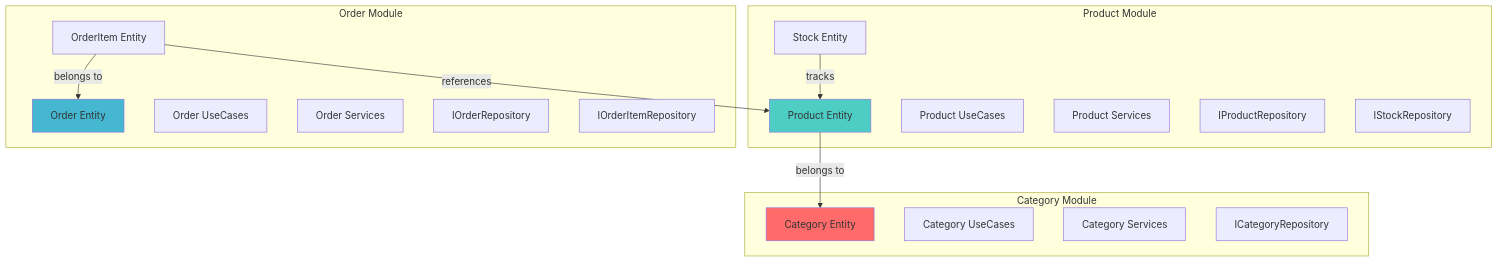
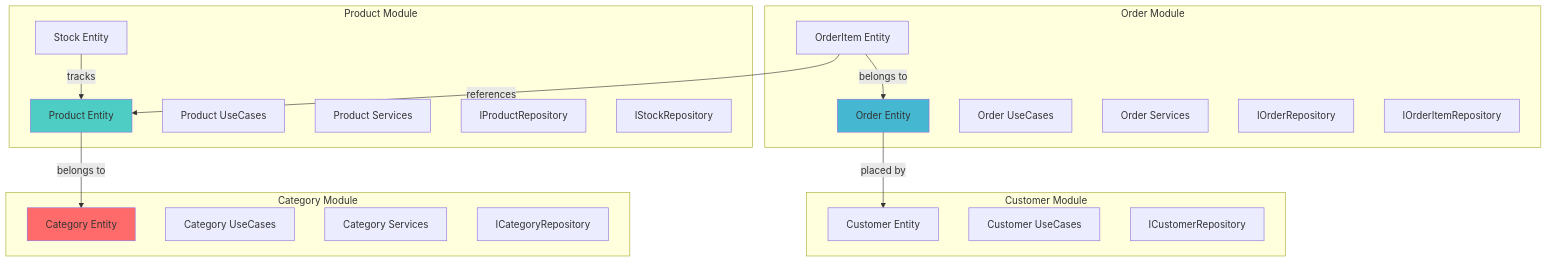
One commit to Vandrs/common-cornershop changed the third of 3 diagrams in docs/domain-model.md. Above: the diagram before and after it, drawn with Mermaid. The commit also changed other lines of this file, not shown here.

Commit message:
docs(domain-model): add Customer entity and update Order with customerId and stock side-effects

````diff
--- a/docs/domain-model.md
+++ b/docs/domain-model.md
@@ -310,36 +361,43 @@
 ```mermaid
 graph TB
+    subgraph "Customer Module"
+        CE2[Customer Entity]
+        CUC2[Customer UseCases]
+        CR2[ICustomerRepository]
+    end
+
     subgraph "Category Module"
         CE[Category Entity]
         CUC[Category UseCases]
         CS[Category Services]
         CR[ICategoryRepository]
     end
     
     subgraph "Product Module"
         PE[Product Entity]
         SE[Stock Entity]
         PUC[Product UseCases]
         PS[Product Services]
         PR[IProductRepository]
         SR[IStockRepository]
     end
     
     subgraph "Order Module"
         OE[Order Entity]
         OIE[OrderItem Entity]
         OUC[Order UseCases]
         OS[Order Services]
         OR[IOrderRepository]
         OIR[IOrderItemRepository]
     end
     
     PE -->|belongs to| CE
     SE -->|tracks| PE
     OIE -->|references| PE
     OIE -->|belongs to| OE
+    OE -->|placed by| CE2
     
     style CE fill:#ff6b6b
     style PE fill:#4ecdc4
     style OE fill:#45b7d1
 ```
````
